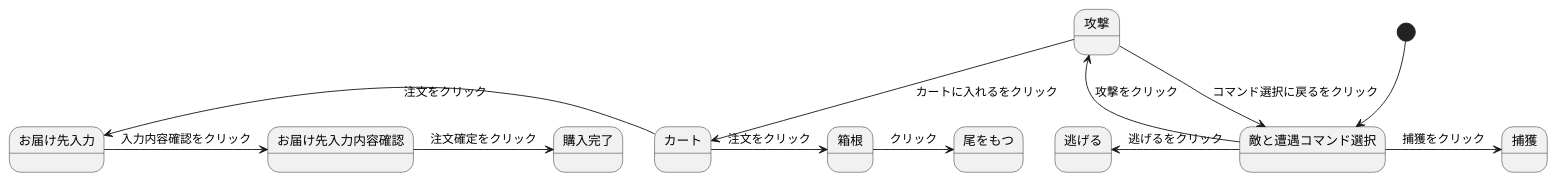
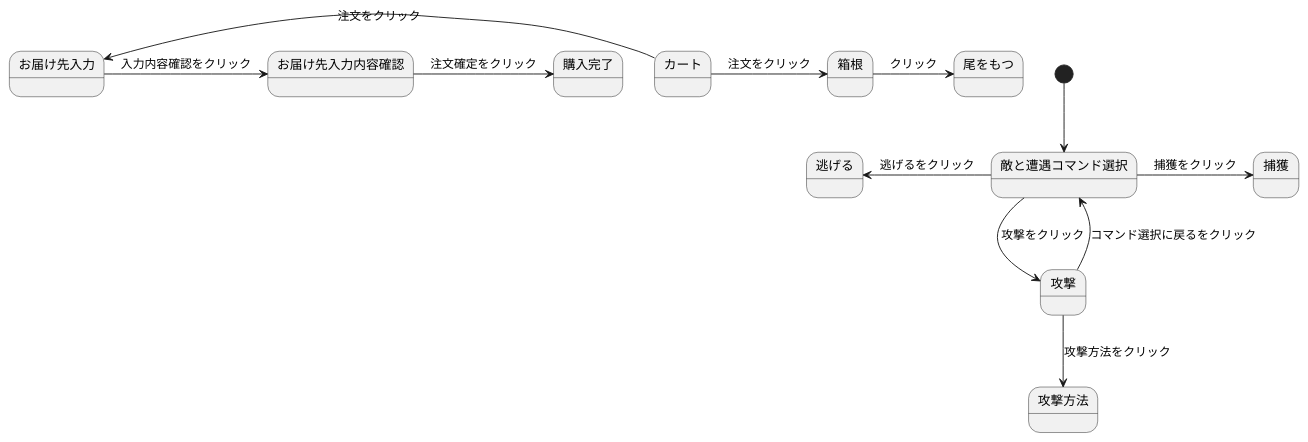
One commit to Aso2001196/2021sys-design changed the diagram in stm01.md. Above: the diagram before and after it, drawn with PlantUML.

````diff
--- a/stm01.md
+++ b/stm01.md
@@ -1,15 +1,15 @@
 ```uml
 @startuml
 [*]--> 敵と遭遇コマンド選択
 敵と遭遇コマンド選択 -> 捕獲 : 捕獲をクリック
 敵と遭遇コマンド選択-left-> 逃げる : 逃げるをクリック
 敵と遭遇コマンド選択--> 攻撃 : 攻撃をクリック
-攻撃 --> カート : カートに入れるをクリック
+攻撃 --> 攻撃方法 : 攻撃方法をクリック
 攻撃 --> 敵と遭遇コマンド選択: コマンド選択に戻るをクリック
 カート -> 箱根 : 注文をクリック
 箱根 -> 尾をもつ : クリック
 カート -left-> お届け先入力 : 注文をクリック
 お届け先入力 -> お届け先入力内容確認 : 入力内容確認をクリック
 お届け先入力内容確認 -> 購入完了 : 注文確定をクリック
 @enduml
 ```
````
